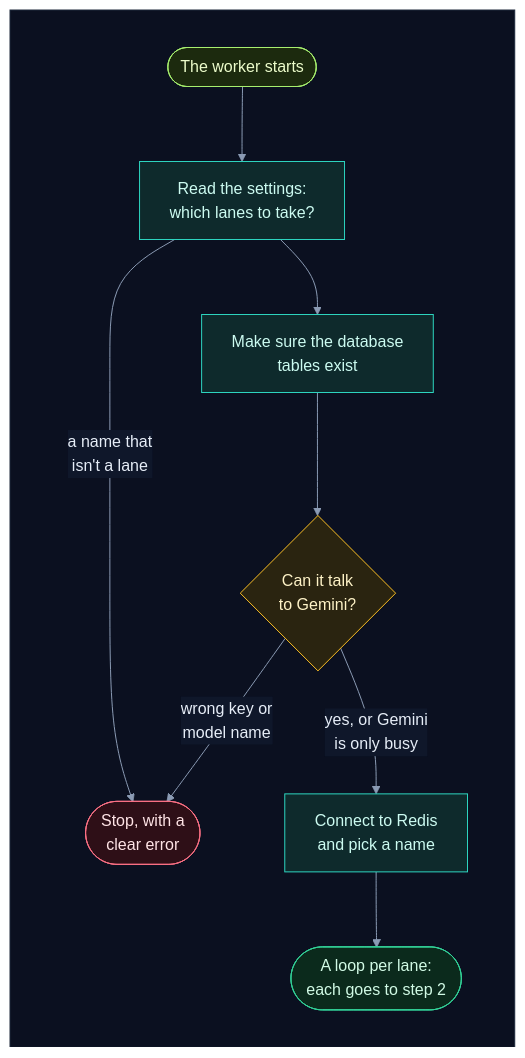
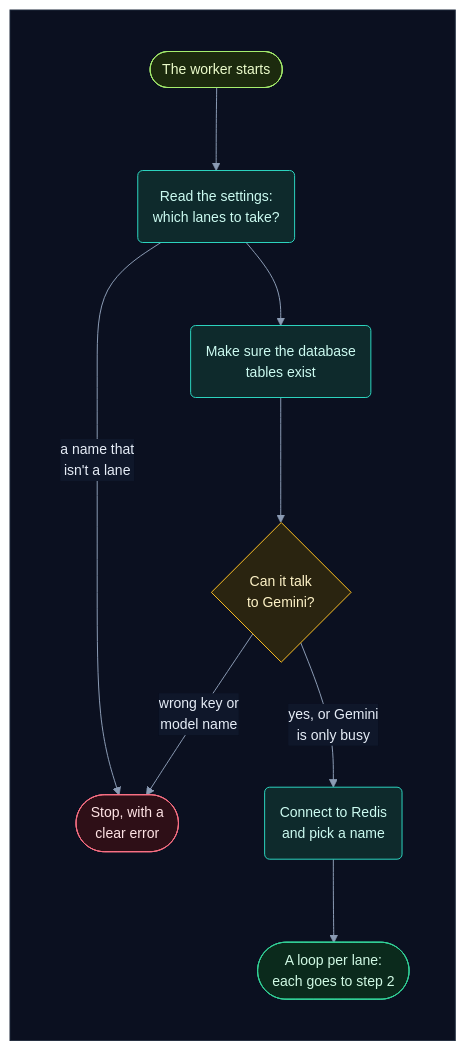
Before and after one commit to selvakumarperumal/Regulatory_Circular_Impact_Agent: the fourth of 45 diagrams in backend/worker/INTERNALS.md, drawn with Mermaid. The commit also changed other lines of this file and 5 other files, not shown here.

Commit message:
Give the docs' flowcharts a shape per kind of part, more room and slightly smaller text

````diff
--- a/backend/worker/INTERNALS.md
+++ b/backend/worker/INTERNALS.md
@@ -279,30 +279,30 @@
 ```mermaid
-%%{init: {"theme": "base", "flowchart": {"diagramPadding": 0}, "themeVariables": {"darkMode": true, "primaryColor": "#16213a", "primaryTextColor": "#e6edf7", "primaryBorderColor": "#475a7a", "lineColor": "#8b9bb4", "secondaryColor": "#1b2436", "tertiaryColor": "#101a2e", "edgeLabelBackground": "#0f172a", "textColor": "#e2e8f0", "clusterBkg": "#0f1728", "clusterBorder": "#2b3a55", "titleColor": "#c4b5fd", "nodeTextColor": "#e6edf7"}}}%%
+%%{init: {"theme": "base", "flowchart": {"diagramPadding": 0, "nodeSpacing": 58, "rankSpacing": 58, "curve": "basis"}, "themeVariables": {"fontSize": "14px", "darkMode": true, "primaryColor": "#16213a", "primaryTextColor": "#e6edf7", "primaryBorderColor": "#475a7a", "lineColor": "#8b9bb4", "secondaryColor": "#1b2436", "tertiaryColor": "#101a2e", "edgeLabelBackground": "#0f172a", "textColor": "#e2e8f0", "clusterBkg": "#0f1728", "clusterBorder": "#2b3a55", "titleColor": "#c4b5fd", "nodeTextColor": "#e6edf7"}}}%%
 flowchart TD
     subgraph canvas[" "]
         direction TB
-        a(["The worker starts"]) --> b["Read the settings:<br/>which lanes to take?"]
+        a(["The worker starts"]) --> b("Read the settings:<br/>which lanes to take?")
         b -->|"a name that<br/>isn't a lane"| x
-        b --> c["Make sure the database<br/>tables exist"]
+        b --> c("Make sure the database<br/>tables exist")
         c --> d{"Can it talk<br/>to Gemini?"}
         d -->|"wrong key or<br/>model name"| x(["Stop, with a<br/>clear error"])
-        d -->|"yes, or Gemini<br/>is only busy"| e["Connect to Redis<br/>and pick a name"]
+        d -->|"yes, or Gemini<br/>is only busy"| e("Connect to Redis<br/>and pick a name")
         e --> f(["A loop per lane:<br/>each goes to step 2"])
     end
     classDef svc fill:#0e2a2c,stroke:#2dd4bf,color:#ccfbf1
     classDef data fill:#1c1a47,stroke:#818cf8,color:#e0e7ff
     classDef ext fill:#2a1640,stroke:#c084fc,color:#f3e8ff
     classDef gpu fill:#2d1b0c,stroke:#fb923c,color:#ffedd5
     classDef ask fill:#2a2410,stroke:#fbbf24,color:#fef3c7
     classDef ok fill:#0b2a1c,stroke:#34d399,color:#d1fae5
     classDef bad fill:#2e0f17,stroke:#fb7185,color:#ffe4e6
     classDef start fill:#1c2a0e,stroke:#a7ef6f,color:#ecfccb
     classDef muted fill:#1a2130,stroke:#64748b,color:#cbd5e1
     classDef queue fill:#0c2231,stroke:#38bdf8,color:#e0f2fe
     class a start
     class b,c,e svc
     class d ask
     class x bad
     class f ok
     style canvas fill:#0b1020,stroke:#1e293b,color:#0b1020
 ```
````
